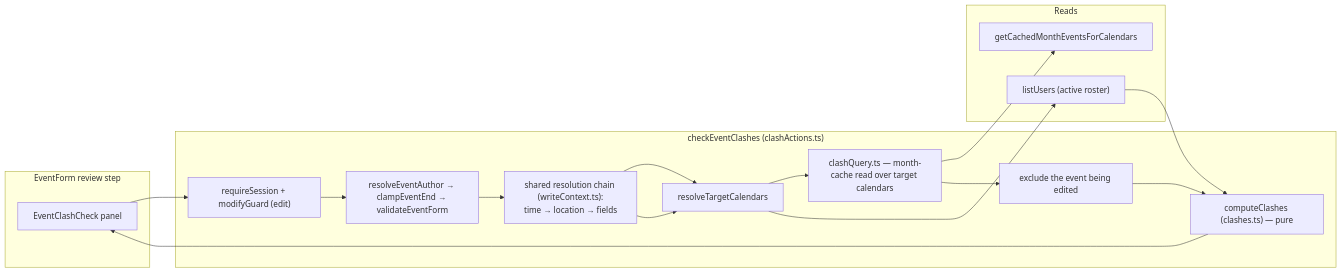
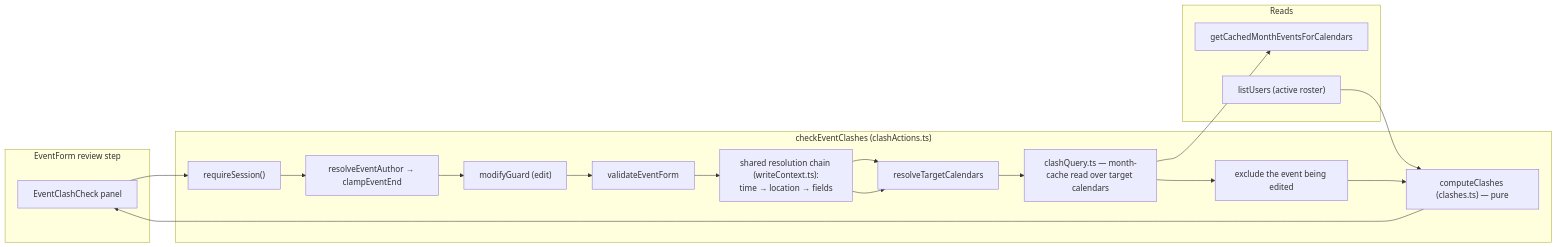
One commit to oncloudnintynineone-source/cloudy2 changed the diagram in docs/event-clashes.md. Above: the diagram before and after it, drawn with Mermaid. The commit also changed 22 other files, not shown here.

Commit message:
docs: sync mermaid diagrams with current code, fix diagram syntax errors

````diff
--- a/docs/event-clashes.md
+++ b/docs/event-clashes.md
@@ -103,26 +103,27 @@
 ```mermaid
 flowchart LR
  subgraph CLIENT["EventForm review step"]
  P["EventClashCheck panel"]
  end
  subgraph SERVER["checkEventClashes (clashActions.ts)"]
- S["requireSession + modifyGuard (edit)"]
- N["resolveEventAuthor → clampEventEnd → validateEventForm"]
+ S["requireSession()"]
+ N["resolveEventAuthor → clampEventEnd"]
+ G["modifyGuard (edit)"]
+ V["validateEventForm"]
  R["shared resolution chain (writeContext.ts):<br/>time → location → fields"]
  T["resolveTargetCalendars"]
  Q["clashQuery.ts — month-cache read over target calendars"]
  X["exclude the event being edited"]
  C["computeClashes (clashes.ts) — pure"]
  end
  subgraph DATA["Reads"]
  E["getCachedMonthEventsForCalendars"]
  DB["listUsers (active roster)"]
  end
 
- P --> S --> N --> R --> T --> Q
- T --> DB
+ P --> S --> N --> G --> V --> R --> T --> Q
  Q --> E
  Q --> X --> C --> P
  R --> T
  DB --> C
 ```
````
